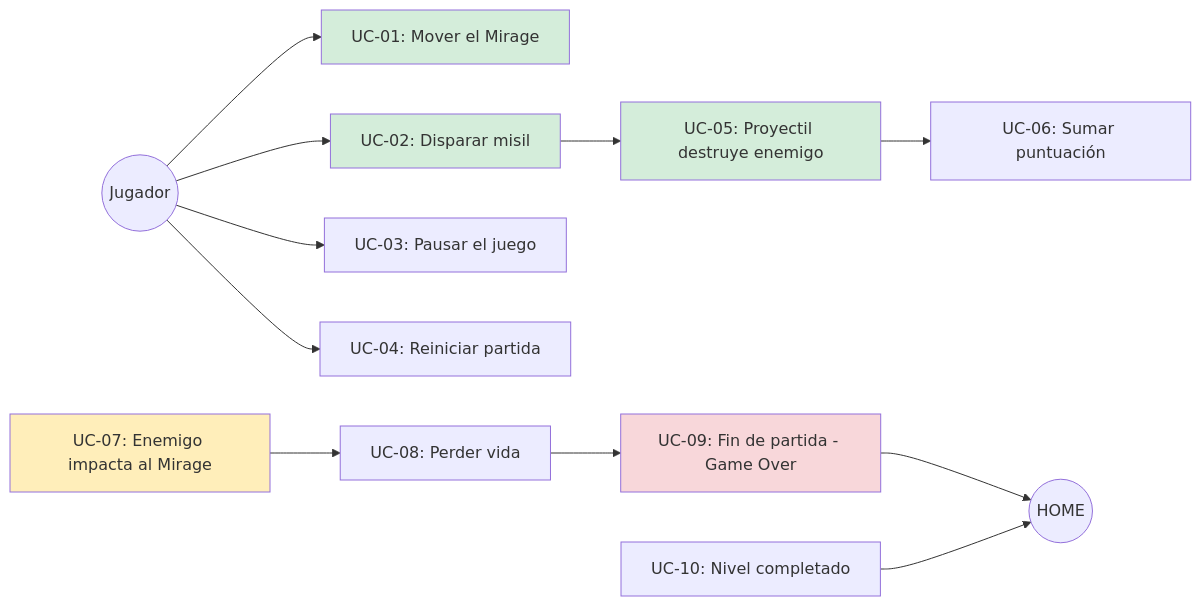
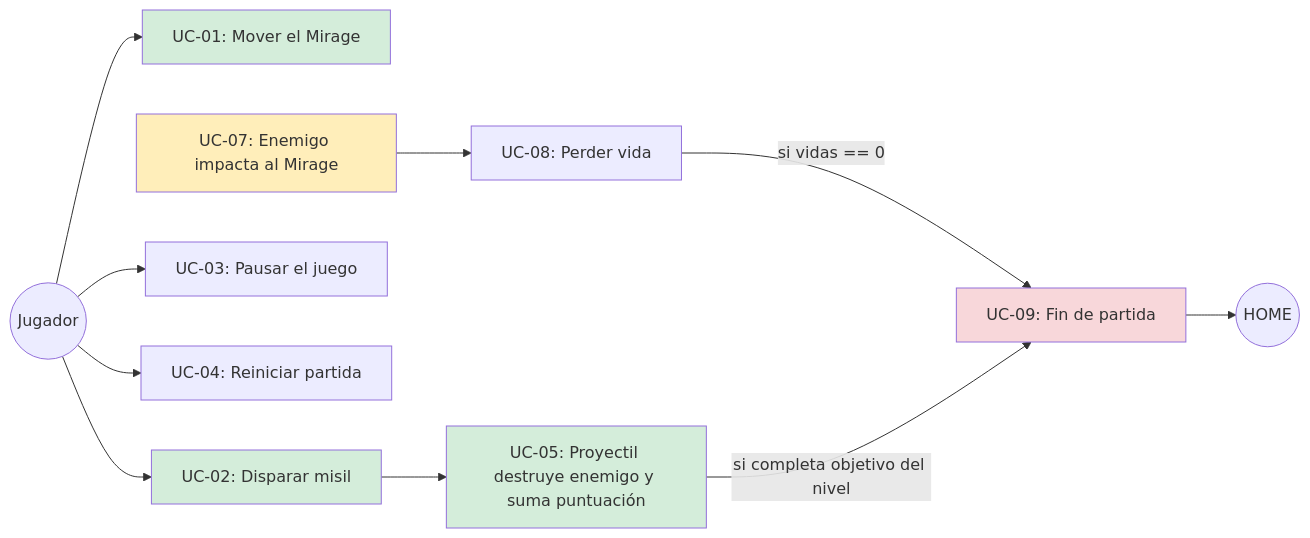
One commit to Christian-Rojas-Rodriguez/juego-1982 changed the first of 6 diagrams in docs/analisis/casos-de-uso.md. Above: the diagram before and after it, drawn with Mermaid. The commit also changed other lines of this file and 1 other file, not shown here.

Commit message:
fix: modificar diagramas de clase y casos de uso

````diff
--- a/docs/analisis/casos-de-uso.md
+++ b/docs/analisis/casos-de-uso.md
@@ -20,25 +20,24 @@
 ```mermaid
 graph LR
     J((Jugador))
     H((HOME))
 
     J --> UC1[UC-01: Mover el Mirage]
     J --> UC2[UC-02: Disparar misil]
     J --> UC3[UC-03: Pausar el juego]
     J --> UC4[UC-04: Reiniciar partida]
 
-    UC2 --> UC5[UC-05: Proyectil destruye enemigo]
-    UC5 --> UC6[UC-06: Sumar puntuación]
+    UC2 --> UC5[UC-05: Proyectil destruye enemigo y suma puntuación]
 
     UC7[UC-07: Enemigo impacta al Mirage] --> UC8[UC-08: Perder vida]
-    UC8 --> UC9[UC-09: Fin de partida - Game Over]
+    UC8 -->|si vidas == 0| UC9[UC-09: Fin de partida]
+    UC5 -->|si completa objetivo del nivel| UC9
 
     UC9 --> H
-    UC10[UC-10: Nivel completado] --> H
 
     style UC1 fill:#d4edda
     style UC2 fill:#d4edda
     style UC5 fill:#d4edda
     style UC7 fill:#ffeeba
     style UC9 fill:#f8d7da
 ```
````
